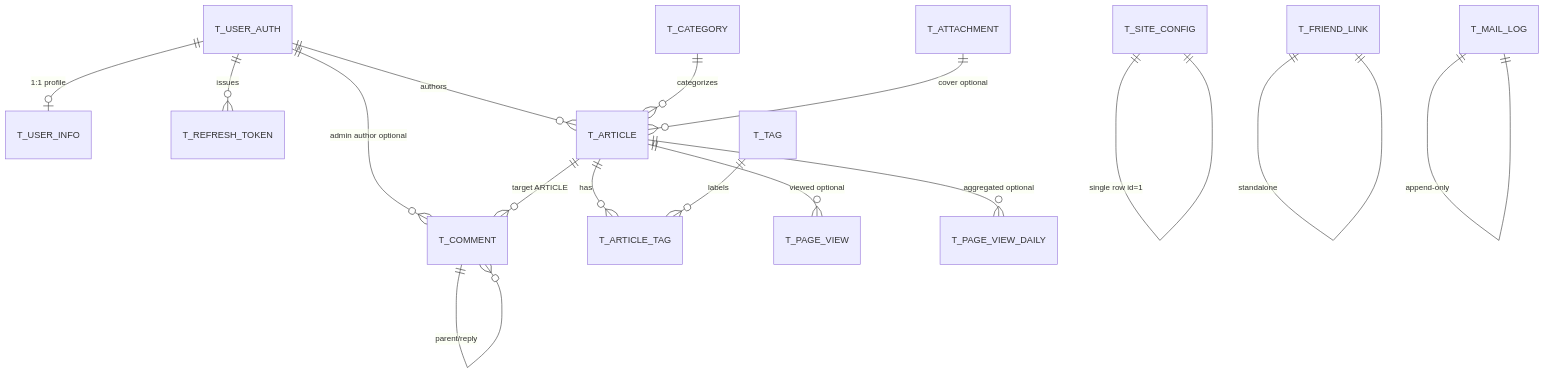
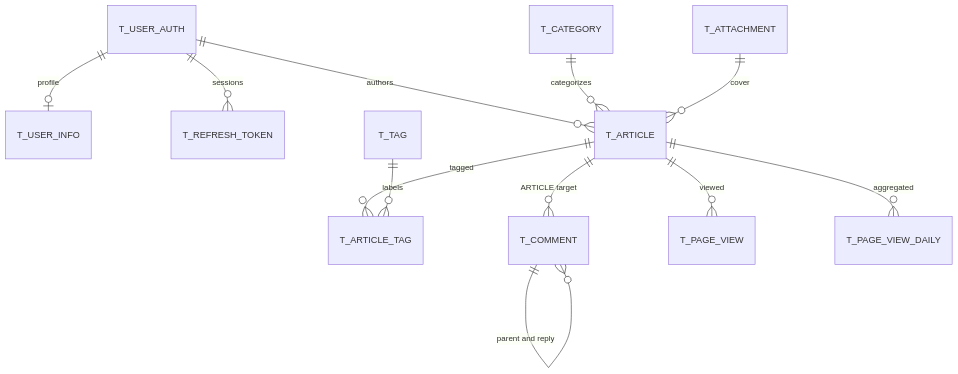
Before and after one commit to tongchang01/My-Blog: the second of 2 diagrams in docs/handbook/product/er-diagram.md, drawn with Mermaid. The commit also changed other lines of this file and 5 other files, not shown here.

````diff
--- a/docs/handbook/product/er-diagram.md
+++ b/docs/handbook/product/er-diagram.md
@@ -26,22 +35,16 @@
 ```mermaid
 erDiagram
-  T_USER_AUTH ||--o| T_USER_INFO : "1:1 profile"
-  T_USER_AUTH ||--o{ T_REFRESH_TOKEN : "issues"
+  T_USER_AUTH ||--o| T_USER_INFO : "profile"
+  T_USER_AUTH ||--o{ T_REFRESH_TOKEN : "sessions"
   T_USER_AUTH ||--o{ T_ARTICLE : "authors"
-  T_USER_AUTH ||--o{ T_COMMENT : "admin author optional"
 
   T_CATEGORY ||--o{ T_ARTICLE : "categorizes"
-  T_ARTICLE ||--o{ T_ARTICLE_TAG : "has"
+  T_ATTACHMENT ||--o{ T_ARTICLE : "cover"
+  T_ARTICLE ||--o{ T_ARTICLE_TAG : "tagged"
   T_TAG ||--o{ T_ARTICLE_TAG : "labels"
-  T_ATTACHMENT ||--o{ T_ARTICLE : "cover optional"
 
-  T_ARTICLE ||--o{ T_COMMENT : "target ARTICLE"
-  T_COMMENT ||--o{ T_COMMENT : "parent/reply"
-
-  T_ARTICLE ||--o{ T_PAGE_VIEW : "viewed optional"
-  T_ARTICLE ||--o{ T_PAGE_VIEW_DAILY : "aggregated optional"
-
-  T_SITE_CONFIG ||--|| T_SITE_CONFIG : "single row id=1"
-  T_FRIEND_LINK ||--|| T_FRIEND_LINK : "standalone"
-  T_MAIL_LOG ||--|| T_MAIL_LOG : "append-only"
+  T_ARTICLE ||--o{ T_COMMENT : "ARTICLE target"
+  T_COMMENT ||--o{ T_COMMENT : "parent and reply"
+  T_ARTICLE ||--o{ T_PAGE_VIEW : "viewed"
+  T_ARTICLE ||--o{ T_PAGE_VIEW_DAILY : "aggregated"
 ```
````
